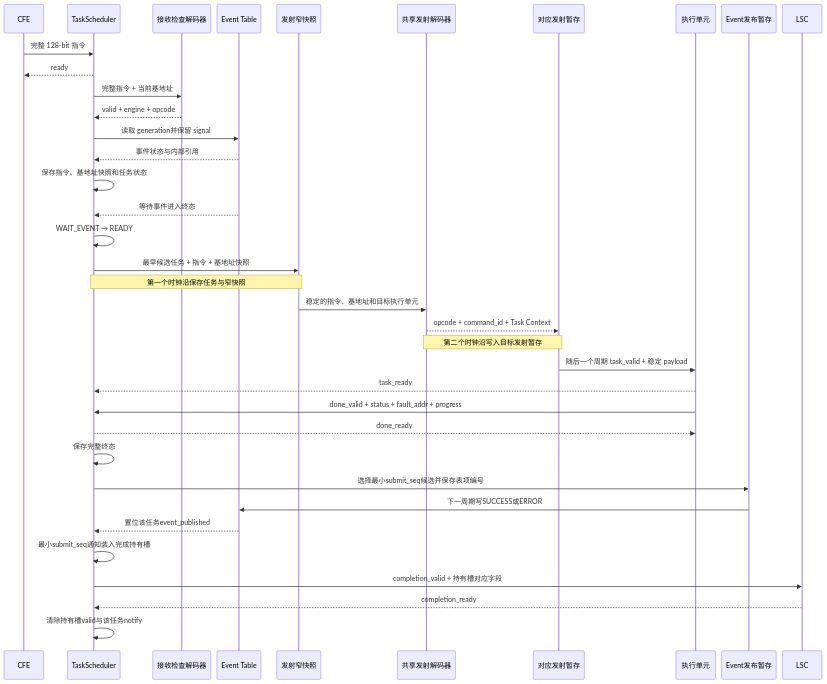
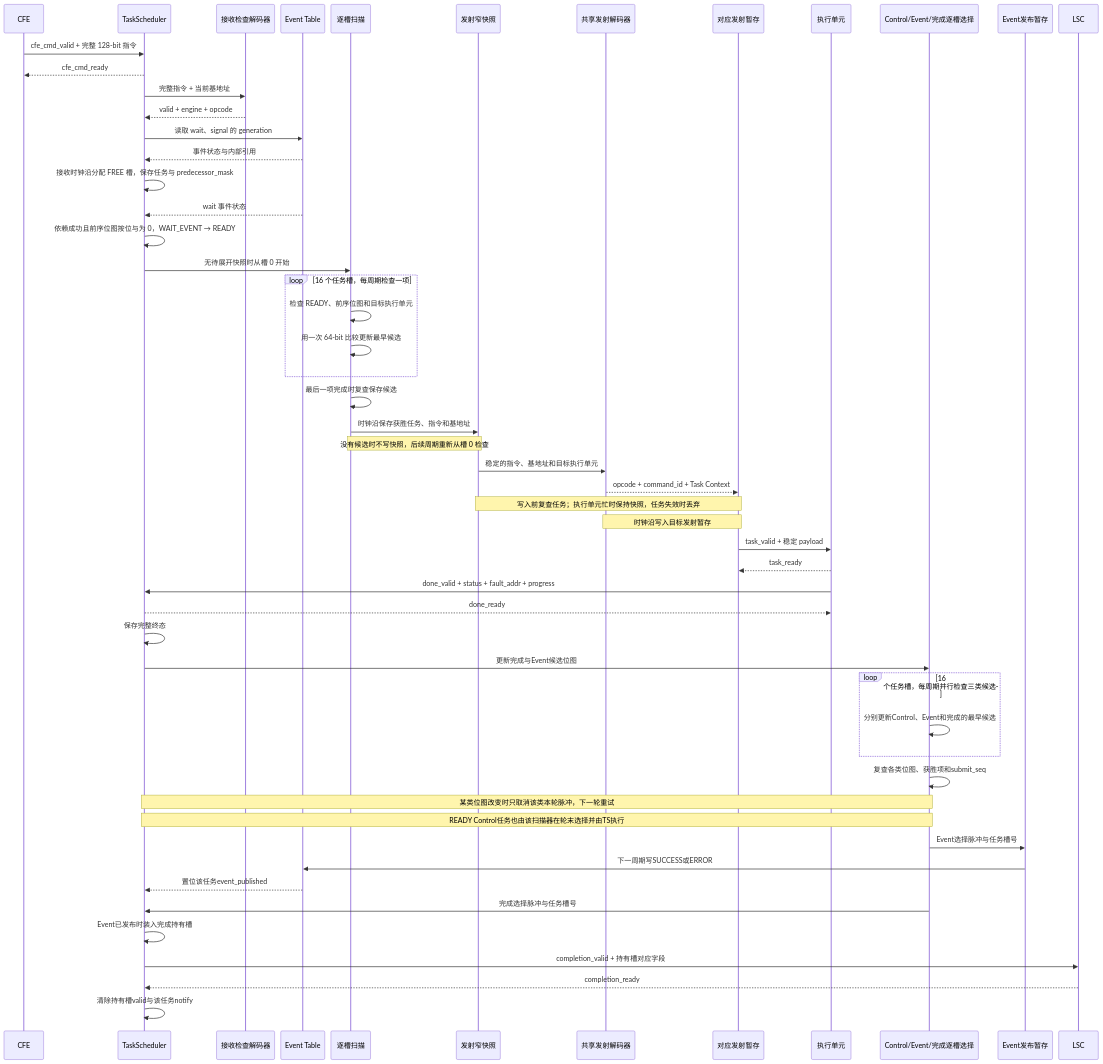
One commit to Little-W/Obsidian changed the sixth of 21 diagrams in NPU/NPU 指令与硬件架构设计 Spec.md. Above: the diagram before and after it, drawn with Mermaid. The commit also changed other lines of this file and 9 other files, not shown here.

````diff
--- a/NPU/NPU 指令与硬件架构设计 Spec.md
+++ b/NPU/NPU 指令与硬件架构设计 Spec.md
@@ -1840,41 +1851,58 @@
 ```mermaid
 %%{init: {"sequence": {"useMaxWidth": true, "actorMargin": 14, "width": 90, "messageMargin": 10, "noteMargin": 6}, "themeVariables": {"fontSize": "11px"}}}%%
 sequenceDiagram
     participant CFE
     participant TS as TaskScheduler
     participant CHECK as 接收检查解码器
     participant EVT as Event Table
+    participant SCAN as 逐槽扫描
     participant SNAP as 发射窄快照
     participant DEC as 共享发射解码器
     participant STG as 对应发射暂存
     participant ENG as 执行单元
+    participant SEL as Control/Event/完成逐槽选择
     participant PUB as Event发布暂存
     participant LSC
 
-    CFE->>TS: 完整 128-bit 指令
-    TS-->>CFE: ready
+    CFE->>TS: cfe_cmd_valid + 完整 128-bit 指令
+    TS-->>CFE: cfe_cmd_ready
     TS->>CHECK: 完整指令 + 当前基地址
     CHECK-->>TS: valid + engine + opcode
-    TS->>EVT: 读取 generation并保留 signal
+    TS->>EVT: 读取 wait、signal 的 generation
     EVT-->>TS: 事件状态与内部引用
-    TS->>TS: 保存指令、基地址快照和任务状态
-    EVT-->>TS: 等待事件进入终态
-    TS->>TS: WAIT_EVENT → READY
-    TS->>SNAP: 最早候选任务 + 指令 + 基地址快照
-    Note over TS,SNAP: 第一个时钟沿保存任务与窄快照
+    TS->>TS: 接收时钟沿分配 FREE 槽，保存任务与 predecessor_mask
+    EVT-->>TS: wait 事件状态
+    TS->>TS: 依赖成功且前序位图按位与为 0，WAIT_EVENT → READY
+    TS->>SCAN: 无待展开快照时从槽 0 开始
+    loop 16 个任务槽，每周期检查一项
+        SCAN->>SCAN: 检查 READY、前序位图和目标执行单元
+        SCAN->>SCAN: 用一次 64-bit 比较更新最早候选
+    end
+    SCAN->>SCAN: 最后一项完成时复查保存候选
+    SCAN->>SNAP: 时钟沿保存获胜任务、指令和基地址
+    Note over SCAN,SNAP: 没有候选时不写快照，后续周期重新从槽 0 检查
     SNAP->>DEC: 稳定的指令、基地址和目标执行单元
     DEC-->>STG: opcode + command_id + Task Context
-    Note over DEC,STG: 第二个时钟沿写入目标发射暂存
-    STG->>ENG: 随后一个周期 task_valid + 稳定 payload
-    ENG-->>TS: task_ready
+    Note over SNAP,STG: 写入前复查任务；执行单元忙时保持快照，任务失效时丢弃
+    Note over DEC,STG: 时钟沿写入目标发射暂存
+    STG->>ENG: task_valid + 稳定 payload
+    ENG-->>STG: task_ready
     ENG->>TS: done_valid + status + fault_addr + progress
     TS-->>ENG: done_ready
     TS->>TS: 保存完整终态
-    TS->>PUB: 选择最小submit_seq候选并保存表项编号
+    TS->>SEL: 更新完成与Event候选位图
+    loop 16 个任务槽，每周期并行检查三类候选
+        SEL->>SEL: 分别更新Control、Event和完成的最早候选
+    end
+    SEL->>SEL: 复查各类位图、获胜项和submit_seq
+    Note over TS,SEL: 某类位图改变时只取消该类本轮脉冲，下一轮重试
+    Note over TS,SEL: READY Control任务也由该扫描器在轮末选择并由TS执行
+    SEL->>PUB: Event选择脉冲与任务槽号
     PUB->>EVT: 下一周期写SUCCESS或ERROR
     EVT-->>TS: 置位该任务event_published
-    TS->>TS: 最小submit_seq通知装入完成持有槽
+    SEL->>TS: 完成选择脉冲与任务槽号
+    TS->>TS: Event已发布时装入完成持有槽
     TS->>LSC: completion_valid + 持有槽对应字段
     LSC-->>TS: completion_ready
     TS->>TS: 清除持有槽valid与该任务notify
 ```
````
